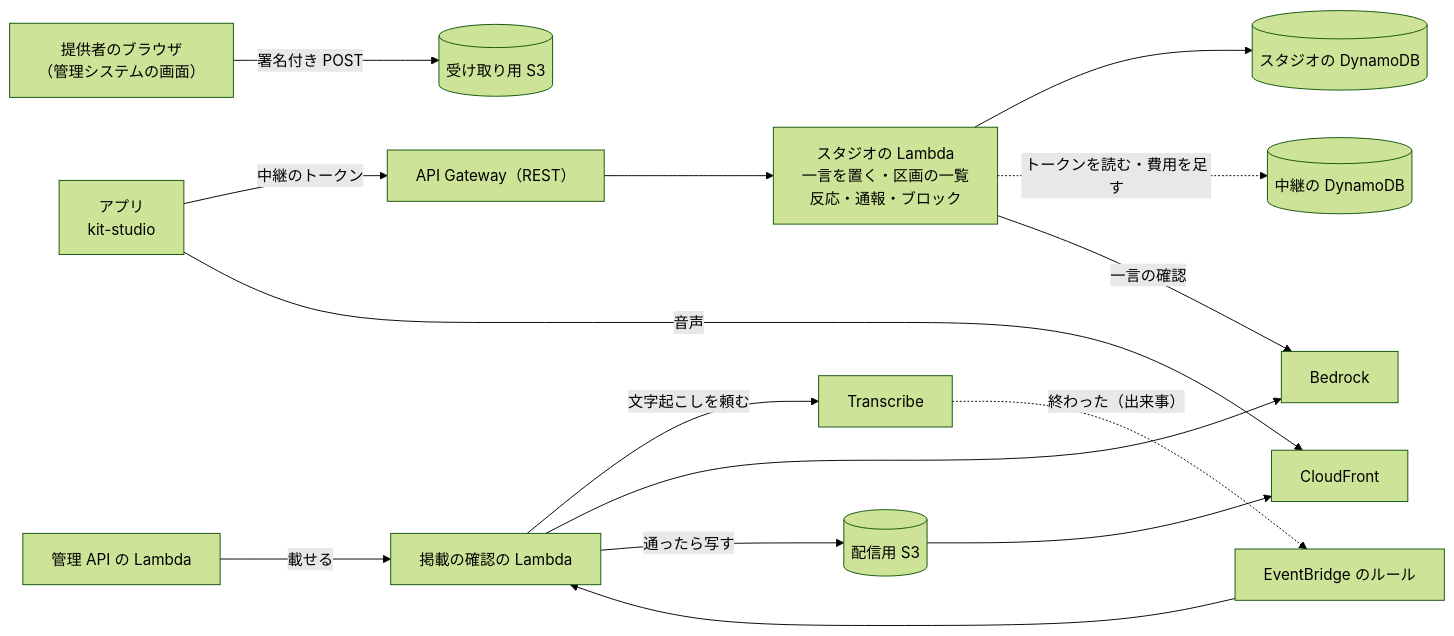
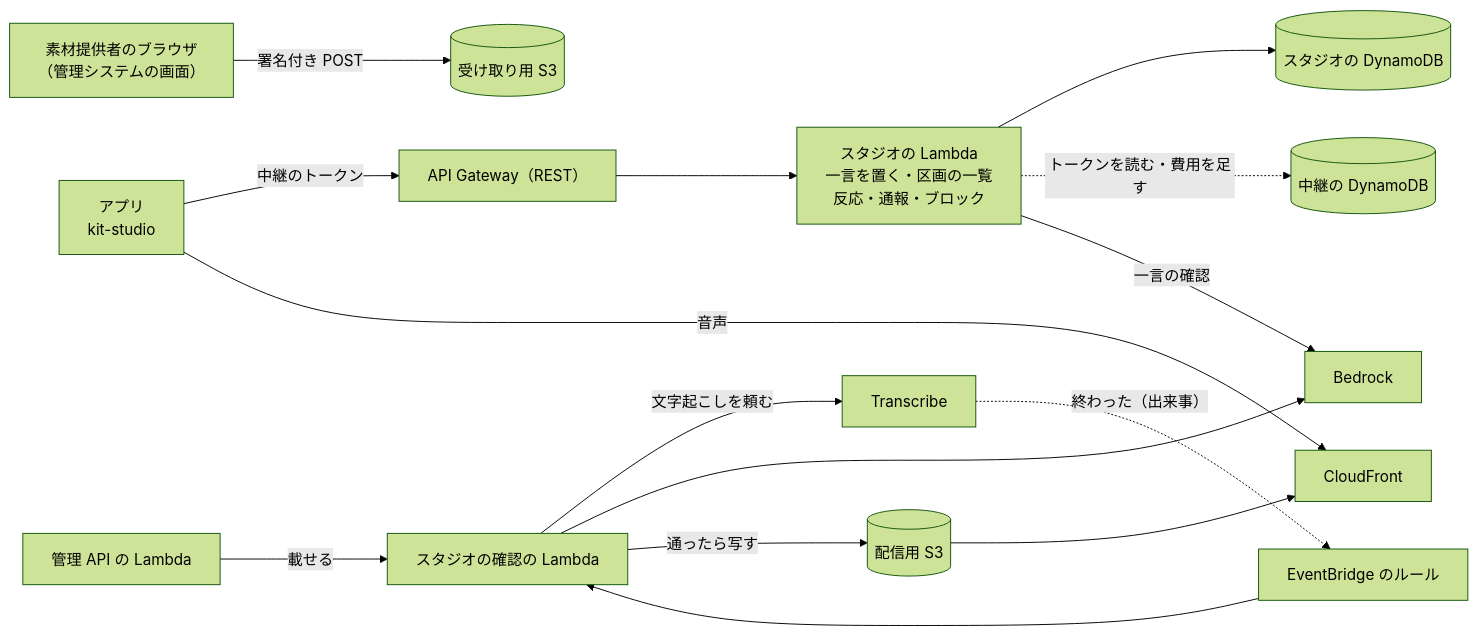
One commit to duwenji/yorisoi-tutorial changed the diagram in 08-aws/12-studio.md. Above: the diagram before and after it, drawn with Mermaid (forest theme). The commit also changed other lines of this file and 9 other files, not shown here.

````diff
--- a/08-aws/12-studio.md
+++ b/08-aws/12-studio.md
@@ -20,14 +20,14 @@
 ```mermaid
 flowchart LR
     APP["アプリ<br/>kit-studio"] -->|"中継のトークン"| API["API Gateway（REST）"] --> FN["スタジオの Lambda<br/>一言を置く・区画の一覧<br/>反応・通報・ブロック"]
     FN --> T[("スタジオの DynamoDB")]
     FN -. "トークンを読む・費用を足す" .-> RT[("中継の DynamoDB")]
     FN -->|"一言の確認"| BR["Bedrock"]
-    PUB["提供者のブラウザ<br/>（管理システムの画面）"] -->|"署名付き POST"| IN[("受け取り用 S3")]
-    CON["管理 API の Lambda"] -->|"載せる"| CHK["掲載の確認の Lambda"]
+    PUB["素材提供者のブラウザ<br/>（管理システムの画面）"] -->|"署名付き POST"| IN[("受け取り用 S3")]
+    CON["管理 API の Lambda"] -->|"載せる"| CHK["スタジオの確認の Lambda"]
     CHK -->|"文字起こしを頼む"| TR["Transcribe"]
     TR -. "終わった（出来事）" .-> EB["EventBridge のルール"] --> CHK
     CHK --> BR
     CHK -->|"通ったら写す"| AU[("配信用 S3")] --> CF["CloudFront"]
     APP -->|"音声"| CF
 ```
````
